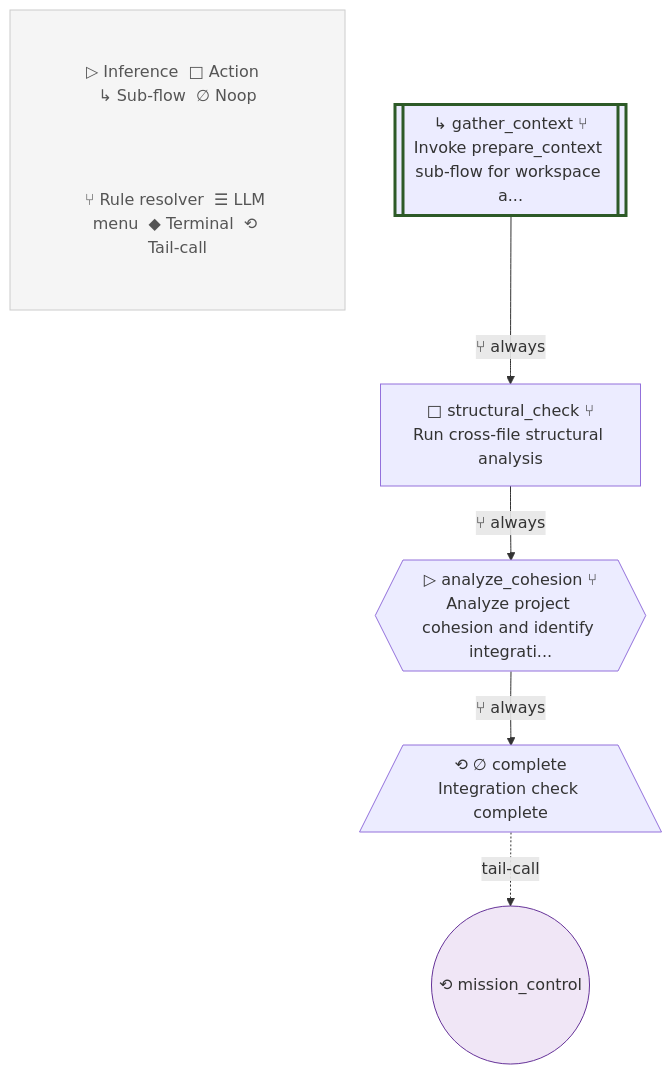
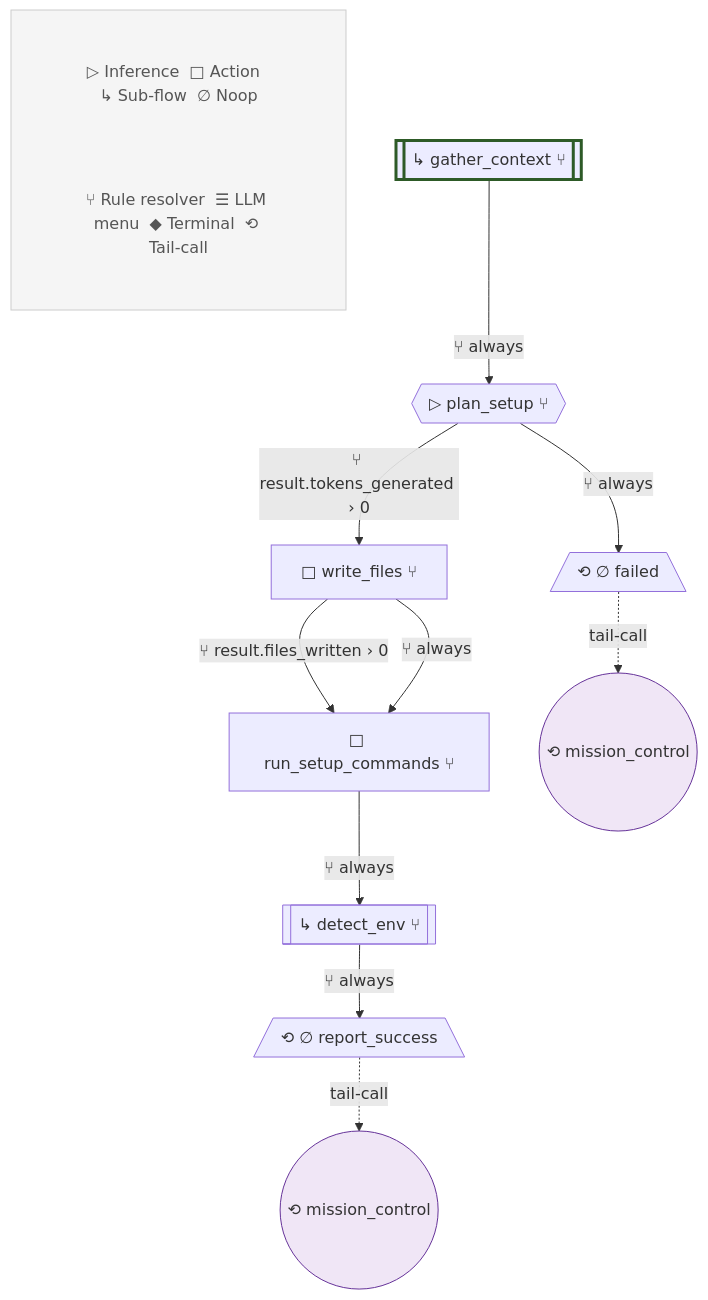
The ninth of 20 diagrams in blueprint.md (lah-rb/ouroboros), drawn with Mermaid before and after one commit. The commit also changed other lines of this file and 207 other files, not shown here.

````diff
--- a/blueprint.md
+++ b/blueprint.md
@@ -736,27 +854,37 @@
 ```mermaid
 flowchart TD
-    %% integrate_modules v2
+    %% project_ops v4
 
     subgraph Legend[" "]
         L1["▷ Inference  □ Action  ↳ Sub-flow  ∅ Noop"]
         L2["⑂ Rule resolver  ☰ LLM menu  ◆ Terminal  ⟲ Tail-call"]
     end
     style Legend fill:#f5f5f5,stroke:#ccc,stroke-width:1px
     style L1 fill:#f5f5f5,stroke:none,color:#555
     style L2 fill:#f5f5f5,stroke:none,color:#555
 
-    gather_context[["↳ gather_context ⑂\nInvoke prepare_context sub-flow for workspace a..."]]
-    structural_check["□ structural_check ⑂\nRun cross-file structural analysis"]
-    analyze_cohesion{{"▷ analyze_cohesion ⑂\nAnalyze project cohesion and identify integrati..."}}
-    complete[/"⟲ ∅ complete\nIntegration check complete"\]
+    gather_context[["↳ gather_context ⑂"]]
+    plan_setup{{"▷ plan_setup ⑂"}}
+    write_files["□ write_files ⑂"]
+    run_setup_commands["□ run_setup_commands ⑂"]
+    detect_env[["↳ detect_env ⑂"]]
+    report_success[/"⟲ ∅ report_success"\]
+    failed[/"⟲ ∅ failed"\]
 
     style gather_context stroke-width:3px,stroke:#2d5a27
 
-    gather_context -->|⑂ always| structural_check
-    structural_check -->|⑂ always| analyze_cohesion
-    analyze_cohesion -->|⑂ always| complete
-    tc_complete(("⟲ mission_control"))
-    style tc_complete fill:#f0e6f6,stroke:#663399
-    complete -.->|tail-call| tc_complete
+    gather_context -->|⑂ always| plan_setup
+    plan_setup -->|⑂ result.tokens_generated › 0| write_files
+    plan_setup -->|⑂ always| failed
+    write_files -->|⑂ result.files_written › 0| run_setup_commands
+    write_files -->|⑂ always| run_setup_commands
+    run_setup_commands -->|⑂ always| detect_env
+    detect_env -->|⑂ always| report_success
+    tc_report_success(("⟲ mission_control"))
+    style tc_report_success fill:#f0e6f6,stroke:#663399
+    report_success -.->|tail-call| tc_report_success
+    tc_failed(("⟲ mission_control"))
+    style tc_failed fill:#f0e6f6,stroke:#663399
+    failed -.->|tail-call| tc_failed
 
 ```
````
